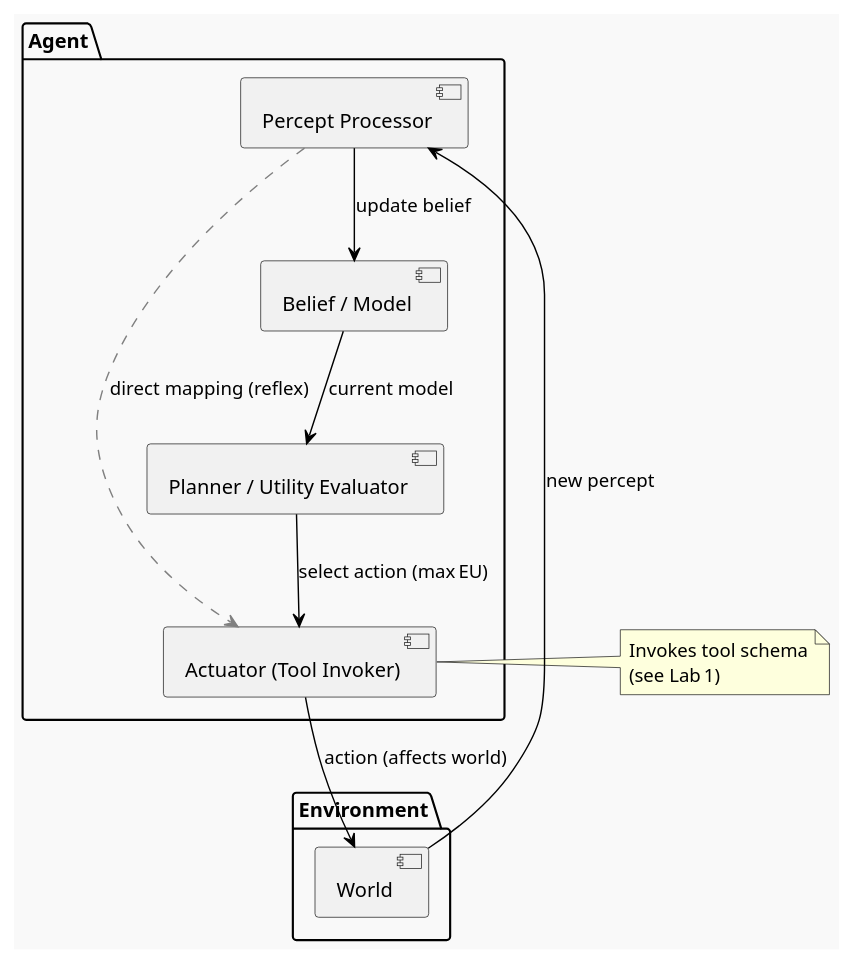
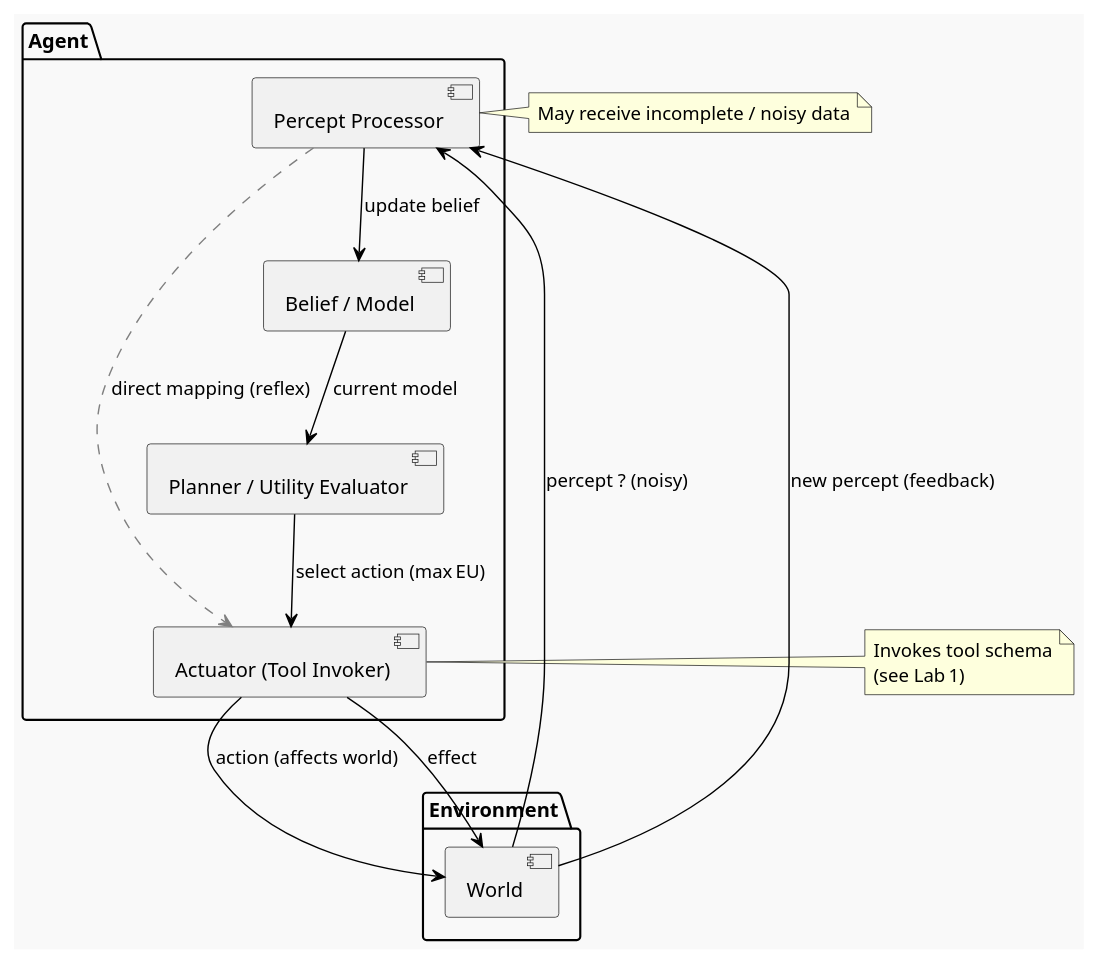
The diagram in aipa/part-iii/ch09-acting-in-the-world/lecture-01.adoc (InquiryInstitute/AIPA), drawn with PlantUML before and after one commit. The commit also changed other lines of this file and 128 other files, not shown here.

```diff
--- a/aipa/part-iii/ch09-acting-in-the-world/lecture-01.adoc
+++ b/aipa/part-iii/ch09-acting-in-the-world/lecture-01.adoc
@@ -179,31 +212,42 @@
 [plantuml,ch09-l01,png,theme=sketchy-outline]
 ....
 @startuml
 skinparam ArrowColor Black
 skinparam BackgroundColor #F9F9F9
+skinparam Shadowing false
 
 package "Environment" {
   [World] as W
 }
 package "Agent" {
   [Percept Processor] as P
   [Belief / Model] as B
   [Planner / Utility Evaluator] as U
   [Actuator (Tool Invoker)] as A
 }
 
-W --> P : new percept
+' Percept flow (uncertain)
+W --> P : percept ? (noisy)
+note right of P
+  May receive incomplete / noisy data
+end note
+
+' Core loop
 P --> B : update belief
 B --> U : current model
 U --> A : select action (max EU)
 A --> W : action (affects world)
+
+' Feedback arrow
+A --> W : effect
+W --> P : new percept (feedback)
 
 ' Reflex shortcut (dashed)
 P -[#gray,dashed]-> A : direct mapping (reflex)
 
 note right of A
   Invokes tool schema
   (see Lab 1)
 end note
 @enduml
 ....
```
